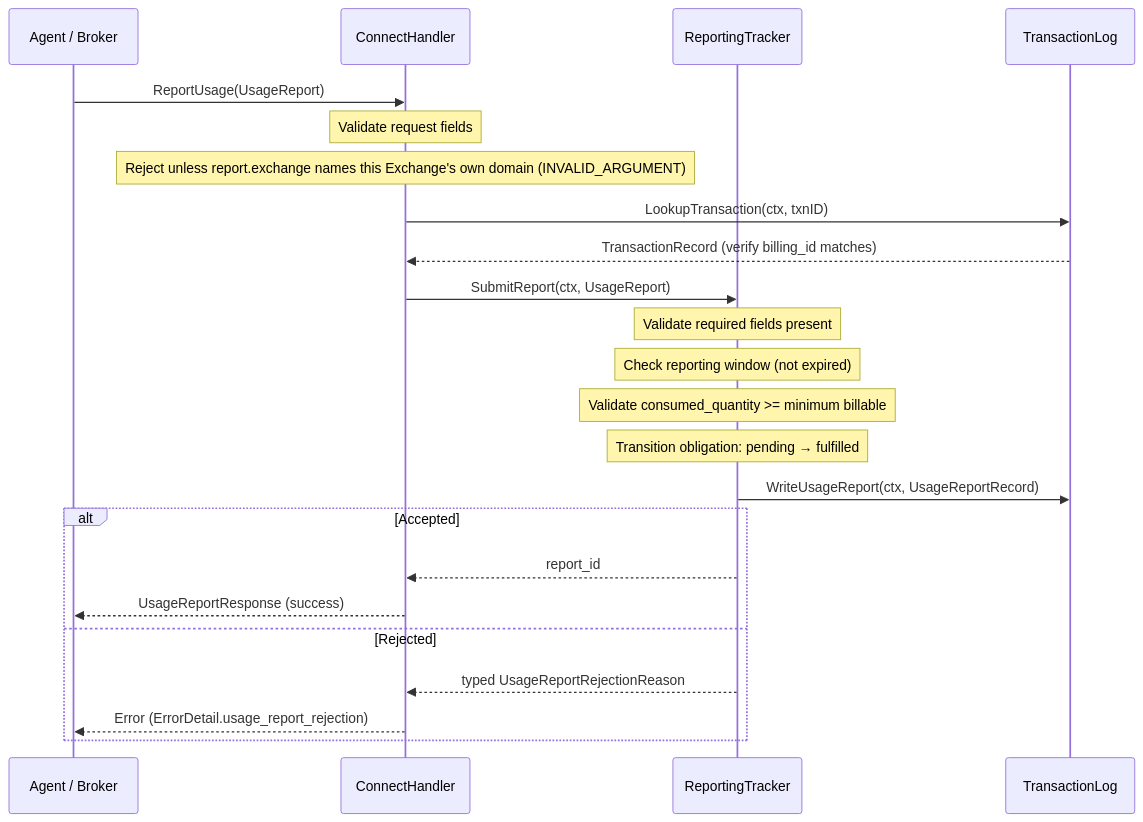
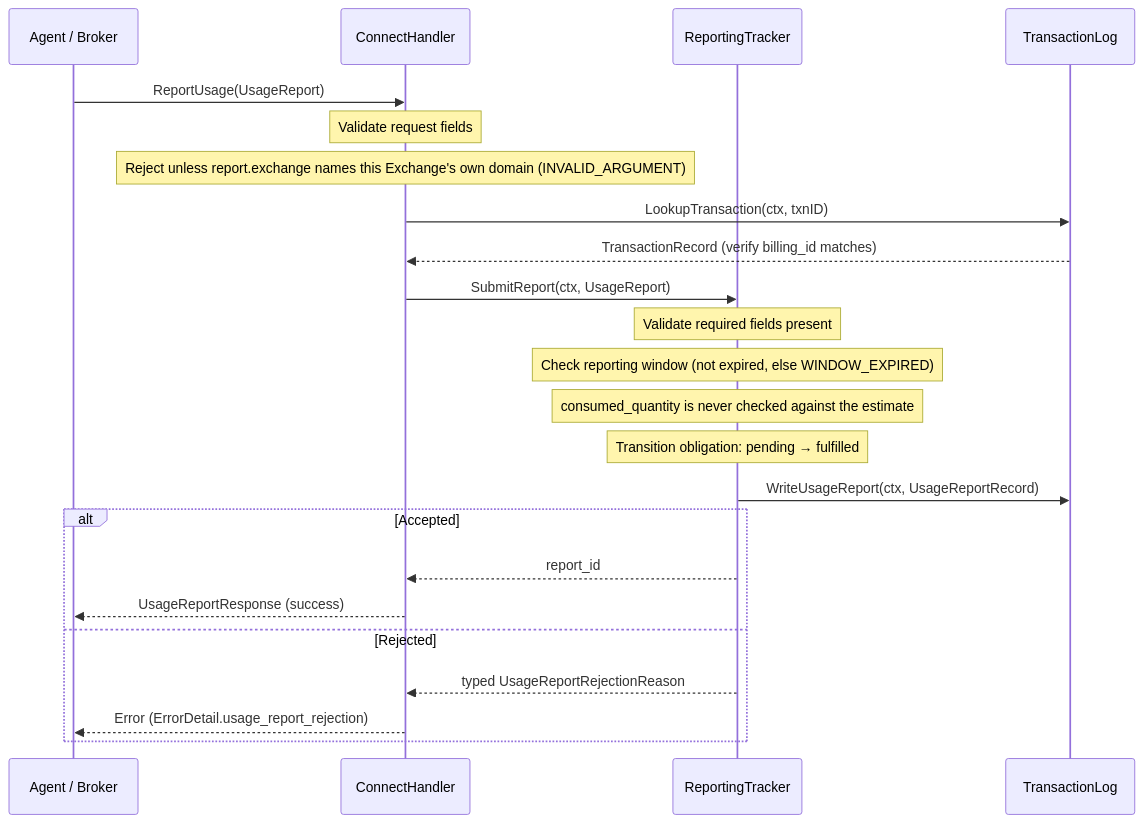
The third of 5 diagrams in website/src/content/docs/components/exchange/request-flows.mdx (FORA-Protocol/protocol), drawn with Mermaid before and after one commit. The commit also changed other lines of this file and 23 other files, not shown here.

````diff
--- a/website/src/content/docs/components/exchange/request-flows.mdx
+++ b/website/src/content/docs/components/exchange/request-flows.mdx
@@ -738,32 +727,32 @@
 ```mermaid
 sequenceDiagram
     participant Agent as Agent / Broker
     participant Handler as ConnectHandler
     participant RT as ReportingTracker
     participant TxLog as TransactionLog
 
     Agent->>Handler: ReportUsage(UsageReport)
 
     Note over Handler: Validate request fields
     Note over Handler: Reject unless report.exchange names this Exchange's own domain (INVALID_ARGUMENT)
 
     Handler->>TxLog: LookupTransaction(ctx, txnID)
     TxLog-->>Handler: TransactionRecord (verify billing_id matches)
 
     Handler->>RT: SubmitReport(ctx, UsageReport)
 
     Note over RT: Validate required fields present
-    Note over RT: Check reporting window (not expired)
-    Note over RT: Validate consumed_quantity >= minimum billable
+    Note over RT: Check reporting window (not expired, else WINDOW_EXPIRED)
+    Note over RT: consumed_quantity is never checked against the estimate
     Note over RT: Transition obligation: pending → fulfilled
 
     RT->>TxLog: WriteUsageReport(ctx, UsageReportRecord)
 
     alt Accepted
         RT-->>Handler: report_id
         Handler-->>Agent: UsageReportResponse (success)
     else Rejected
         RT-->>Handler: typed UsageReportRejectionReason
         Handler-->>Agent: Error (ErrorDetail.usage_report_rejection)
     end
 ```
````
